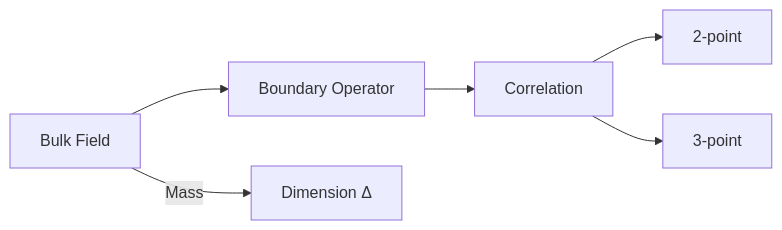
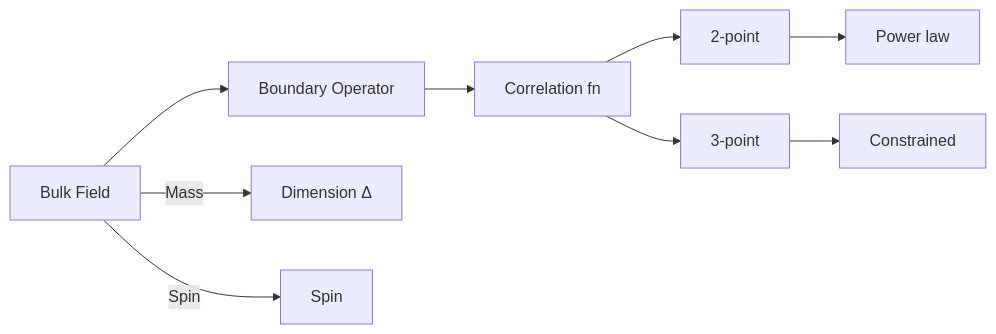
The third of 5 diagrams in 03_MSc_Physics/electives/MSPY_6410_AdS_CFT_Correspondence/README.md (yip-lgtm/PhysicsSelfStudy), drawn with Mermaid before and after one commit. The commit also changed other lines of this file and 17 other files, not shown here.

````diff
--- a/03_MSc_Physics/electives/MSPY_6410_AdS_CFT_Correspondence/README.md
+++ b/03_MSc_Physics/electives/MSPY_6410_AdS_CFT_Correspondence/README.md
@@ -261,8 +434,11 @@
 ```mermaid
 graph LR
     A[Bulk Field] --> B[Boundary Operator]
     A -->|Mass| C[Dimension Δ]
-    B --> D[Correlation]
-    D --> E[2-point]
-    D --> F[3-point]
+    A -->|Spin| D[Spin]
+    B --> E[Correlation fn]
+    E --> F[2-point]
+    E --> G[3-point]
+    F --> H[Power law]
+    G --> I[Constrained]
 ```
````
